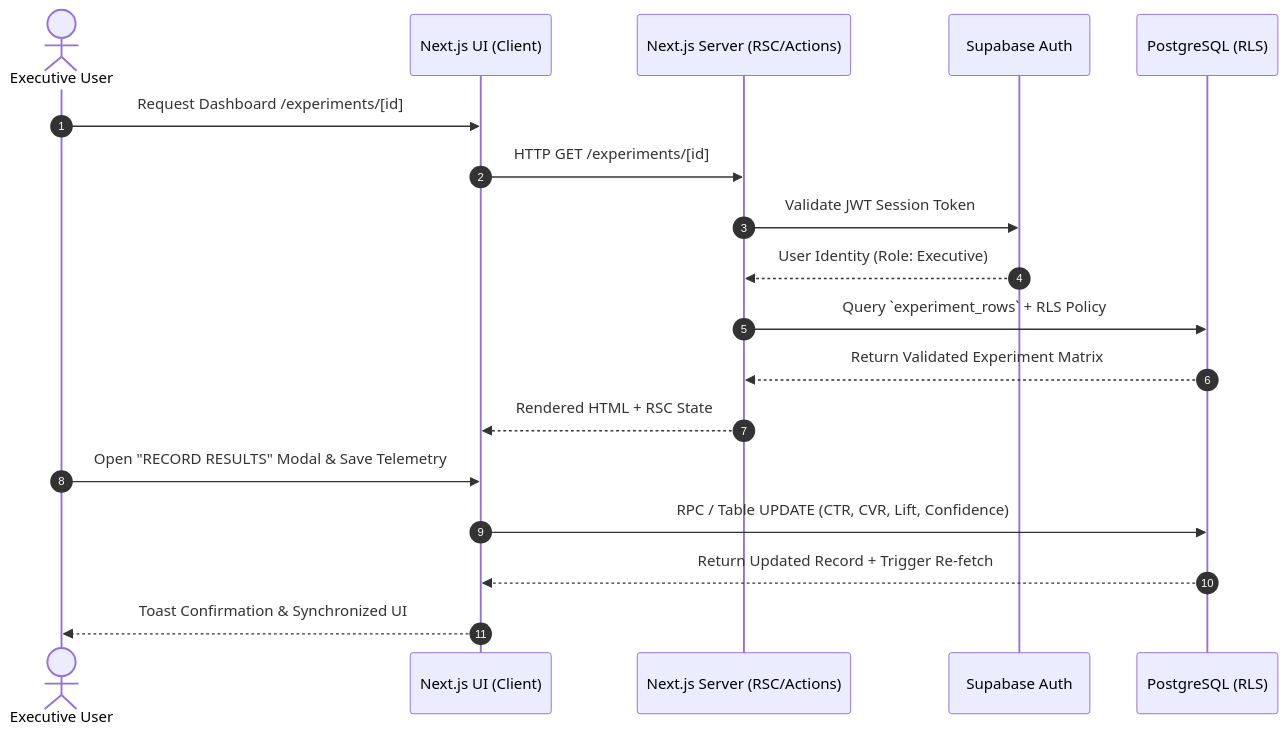
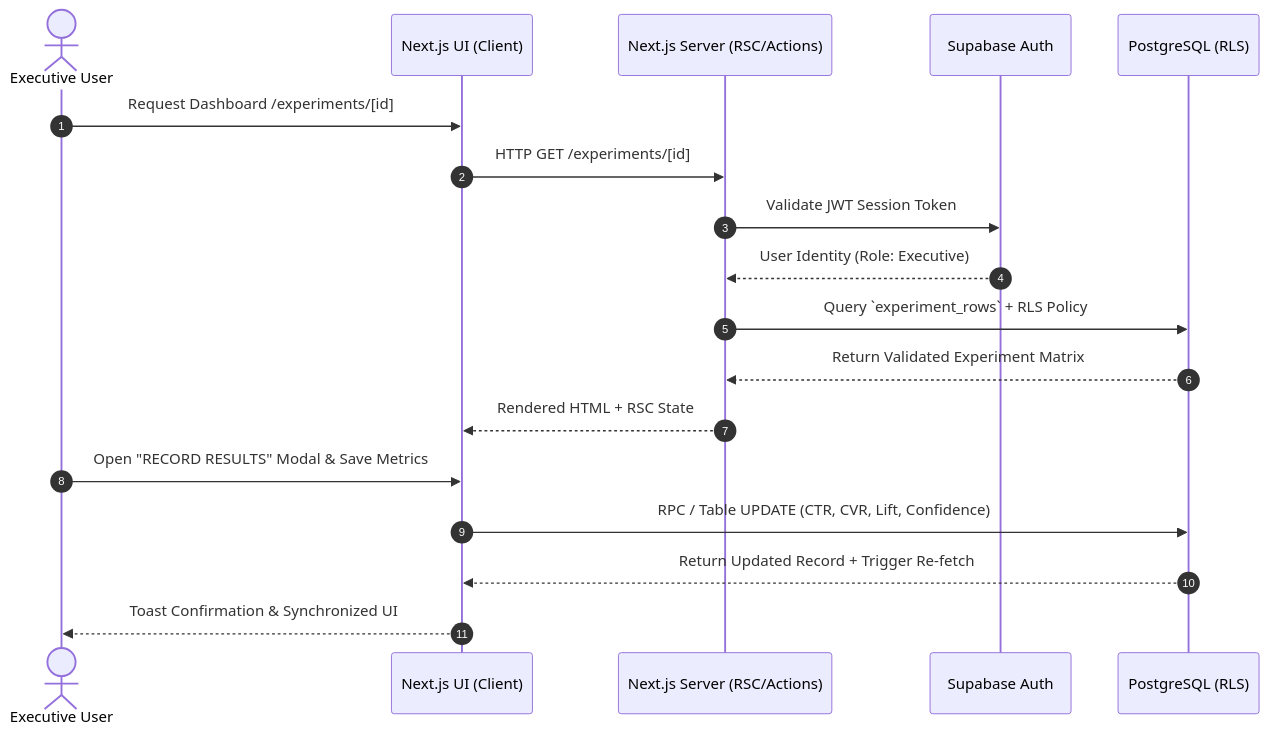
Before and after one commit to joshihridesh001-png/MIOS: the second of 2 diagrams in docs/architecture.md, drawn with Mermaid. The commit also changed other lines of this file and 24 other files, not shown here.

````diff
--- a/docs/architecture.md
+++ b/docs/architecture.md
@@ -63,21 +63,21 @@
 ```mermaid
 sequenceDiagram
     autonumber
     actor CEO as Executive User
     participant App as Next.js UI (Client)
     participant Server as Next.js Server (RSC/Actions)
     participant Auth as Supabase Auth
     participant DB as PostgreSQL (RLS)
 
     CEO->>App: Request Dashboard /experiments/[id]
     App->>Server: HTTP GET /experiments/[id]
     Server->>Auth: Validate JWT Session Token
     Auth-->>Server: User Identity (Role: Executive)
     Server->>DB: Query `experiment_rows` + RLS Policy
     DB-->>Server: Return Validated Experiment Matrix
     Server-->>App: Rendered HTML + RSC State
-    CEO->>App: Open "RECORD RESULTS" Modal & Save Telemetry
+    CEO->>App: Open "RECORD RESULTS" Modal & Save Metrics
     App->>DB: RPC / Table UPDATE (CTR, CVR, Lift, Confidence)
     DB-->>App: Return Updated Record + Trigger Re-fetch
     App-->>CEO: Toast Confirmation & Synchronized UI
 ```
````
